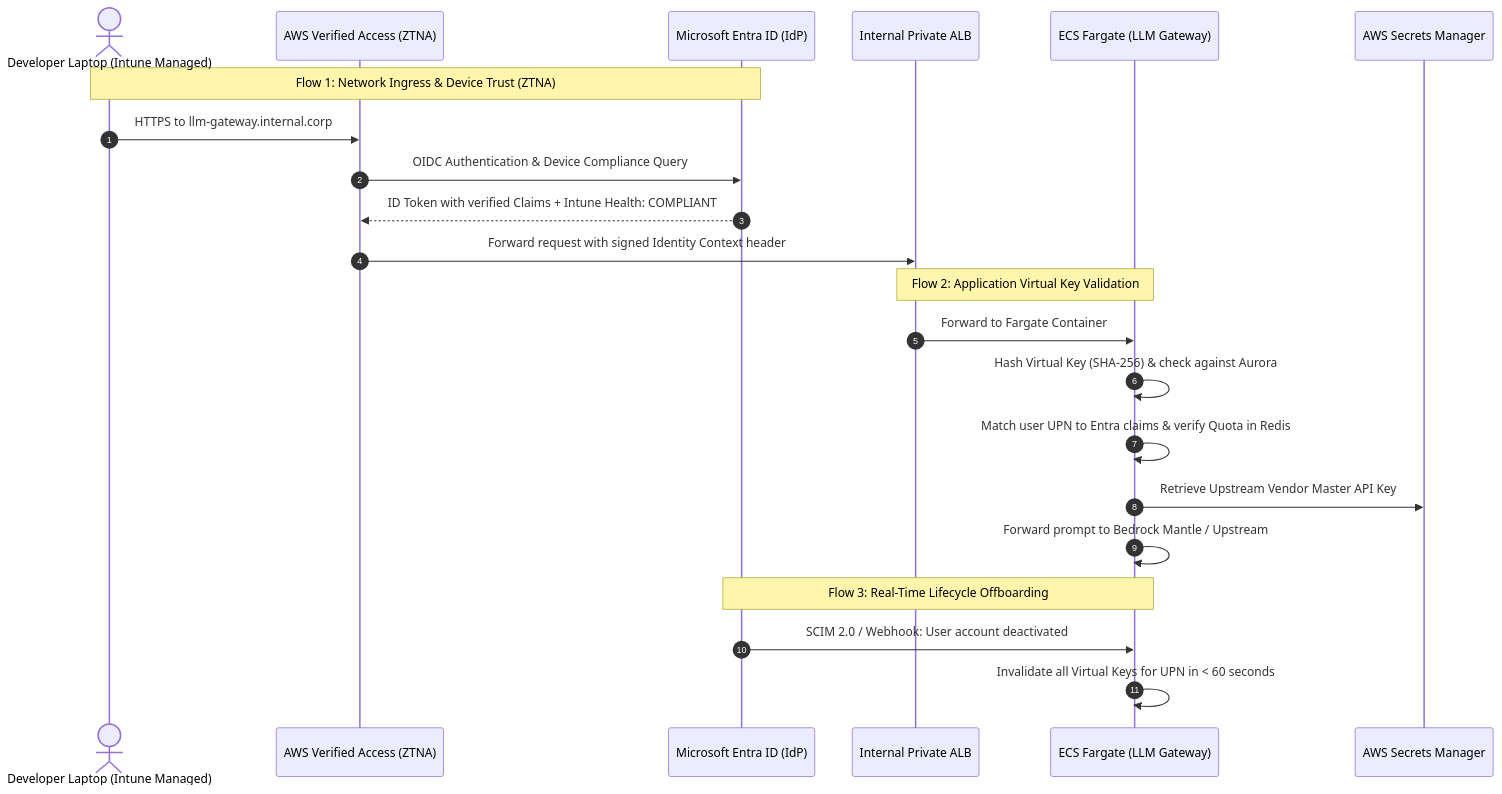
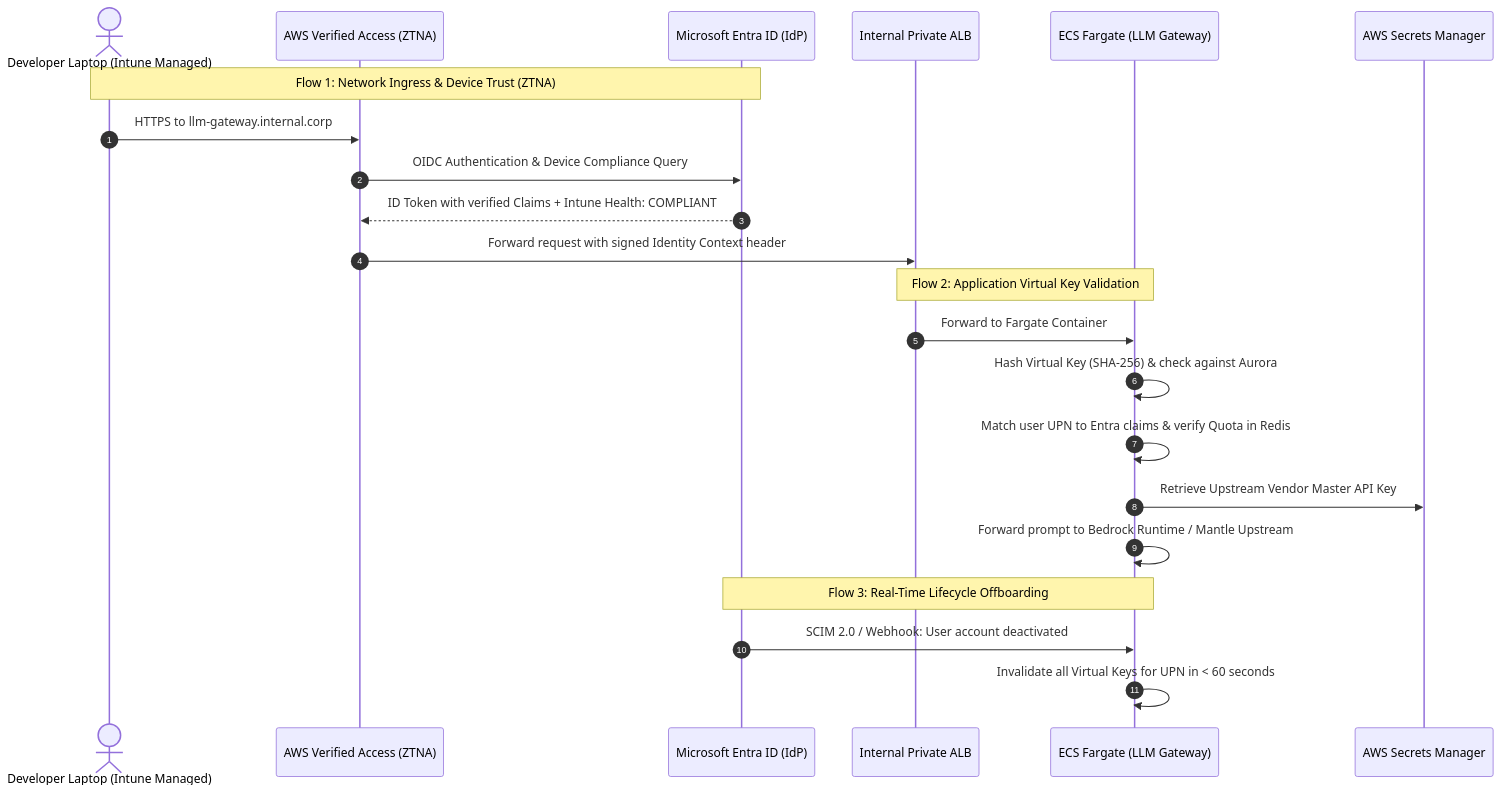
Before and after one commit to minddrop/llm-gateway: the fourth of 5 diagrams in REQUIREMENTS.md, drawn with Mermaid. The commit also changed other lines of this file and 1 other file, not shown here.

````diff
--- a/REQUIREMENTS.md
+++ b/REQUIREMENTS.md
@@ -342,27 +480,27 @@
 ```mermaid
 sequenceDiagram
     autonumber
     actor Dev as Developer Laptop (Intune Managed)
     participant AVA as AWS Verified Access (ZTNA)
     participant Entra as Microsoft Entra ID (IdP)
     participant ALB as Internal Private ALB
     participant Proxy as ECS Fargate (LLM Gateway)
     participant Secrets as AWS Secrets Manager
 
     Note over Dev,Entra: Flow 1: Network Ingress & Device Trust (ZTNA)
     Dev->>AVA: HTTPS to llm-gateway.internal.corp
     AVA->>Entra: OIDC Authentication & Device Compliance Query
     Entra-->>AVA: ID Token with verified Claims + Intune Health: COMPLIANT
     AVA->>ALB: Forward request with signed Identity Context header
 
     Note over ALB,Proxy: Flow 2: Application Virtual Key Validation
     ALB->>Proxy: Forward to Fargate Container
     Proxy->>Proxy: Hash Virtual Key (SHA-256) & check against Aurora
     Proxy->>Proxy: Match user UPN to Entra claims & verify Quota in Redis
     Proxy->>Secrets: Retrieve Upstream Vendor Master API Key
-    Proxy->>Proxy: Forward prompt to Bedrock Mantle / Upstream
+    Proxy->>Proxy: Forward prompt to Bedrock Runtime / Mantle Upstream
 
     Note over Entra,Proxy: Flow 3: Real-Time Lifecycle Offboarding
     Entra->>Proxy: SCIM 2.0 / Webhook: User account deactivated
     Proxy->>Proxy: Invalidate all Virtual Keys for UPN in < 60 seconds
 ```
````
